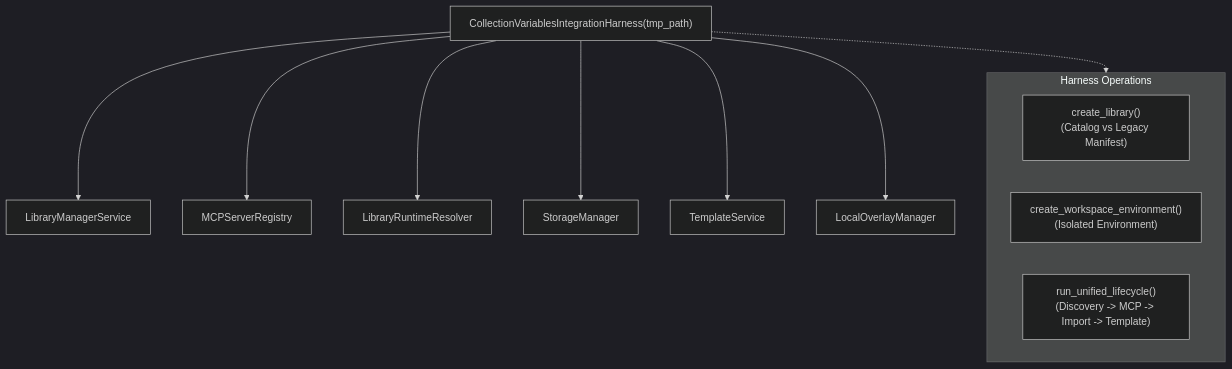
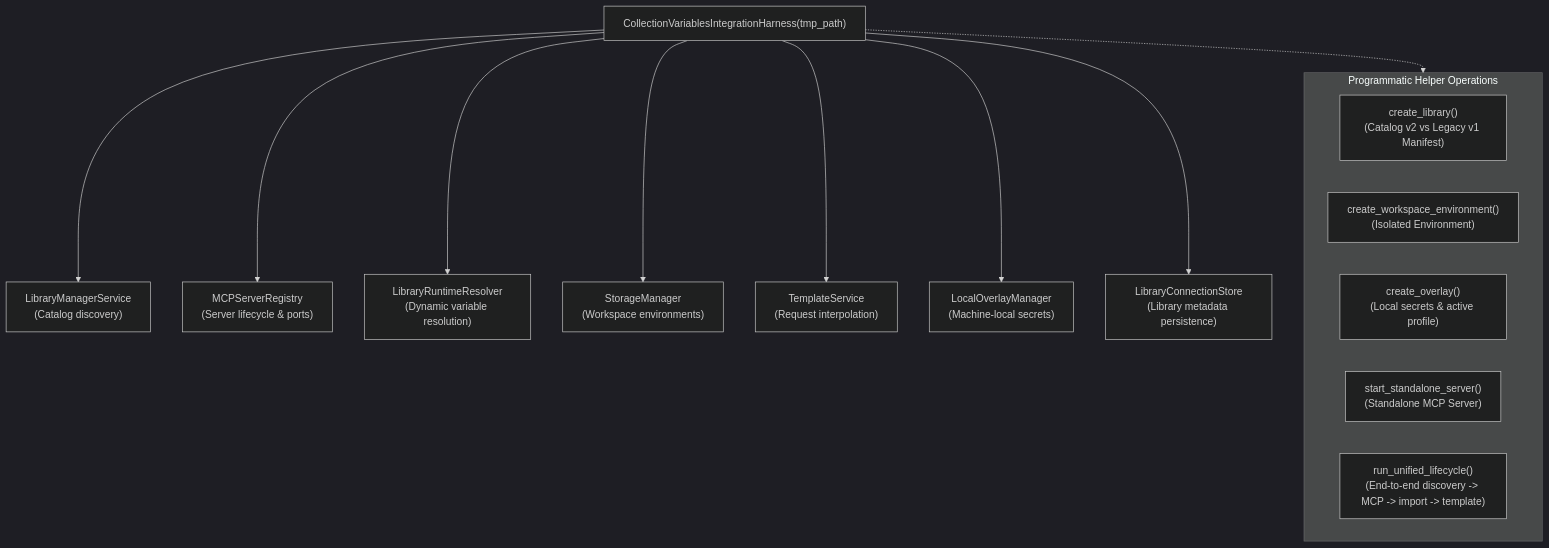
Before and after one commit to koctep/pypost: the sixth of 7 diagrams in doc/dev/collection_scoped_variables.md, drawn with Mermaid (dark theme). The commit also changed other lines of this file and 12 other files, not shown here.

First line of the commit message:
refactor(tests): reusable integration harness helper [PYPOST-1417]

````diff
--- a/doc/dev/collection_scoped_variables.md
+++ b/doc/dev/collection_scoped_variables.md
@@ -578,25 +578,29 @@
 ```mermaid
 flowchart TD
     HARNESS["CollectionVariablesIntegrationHarness(tmp_path)"]
-    LMS["LibraryManagerService"]
-    REG["MCPServerRegistry"]
-    LRR["LibraryRuntimeResolver"]
-    SM["StorageManager"]
-    TS["TemplateService"]
-    OM["LocalOverlayManager"]
+    LMS["LibraryManagerService<br/>(Catalog discovery)"]
+    REG["MCPServerRegistry<br/>(Server lifecycle & ports)"]
+    LRR["LibraryRuntimeResolver<br/>(Dynamic variable resolution)"]
+    SM["StorageManager<br/>(Workspace environments)"]
+    TS["TemplateService<br/>(Request interpolation)"]
+    OM["LocalOverlayManager<br/>(Machine-local secrets)"]
+    CS["LibraryConnectionStore<br/>(Library metadata persistence)"]
 
     HARNESS --> LMS
     HARNESS --> REG
     HARNESS --> LRR
     HARNESS --> SM
     HARNESS --> TS
     HARNESS --> OM
+    HARNESS --> CS
 
-    subgraph Operations["Harness Operations"]
-        CL["create_library()<br/>(Catalog vs Legacy Manifest)"]
+    subgraph Operations["Programmatic Helper Operations"]
+        CL["create_library()<br/>(Catalog v2 vs Legacy v1 Manifest)"]
         CE["create_workspace_environment()<br/>(Isolated Environment)"]
-        RL["run_unified_lifecycle()<br/>(Discovery -> MCP -> Import -> Template)"]
+        CO["create_overlay()<br/>(Local secrets & active profile)"]
+        SS["start_standalone_server()<br/>(Standalone MCP Server)"]
+        RL["run_unified_lifecycle()<br/>(End-to-end discovery -> MCP -> import -> template)"]
     end
 
     HARNESS -.-> Operations
 ```
````
